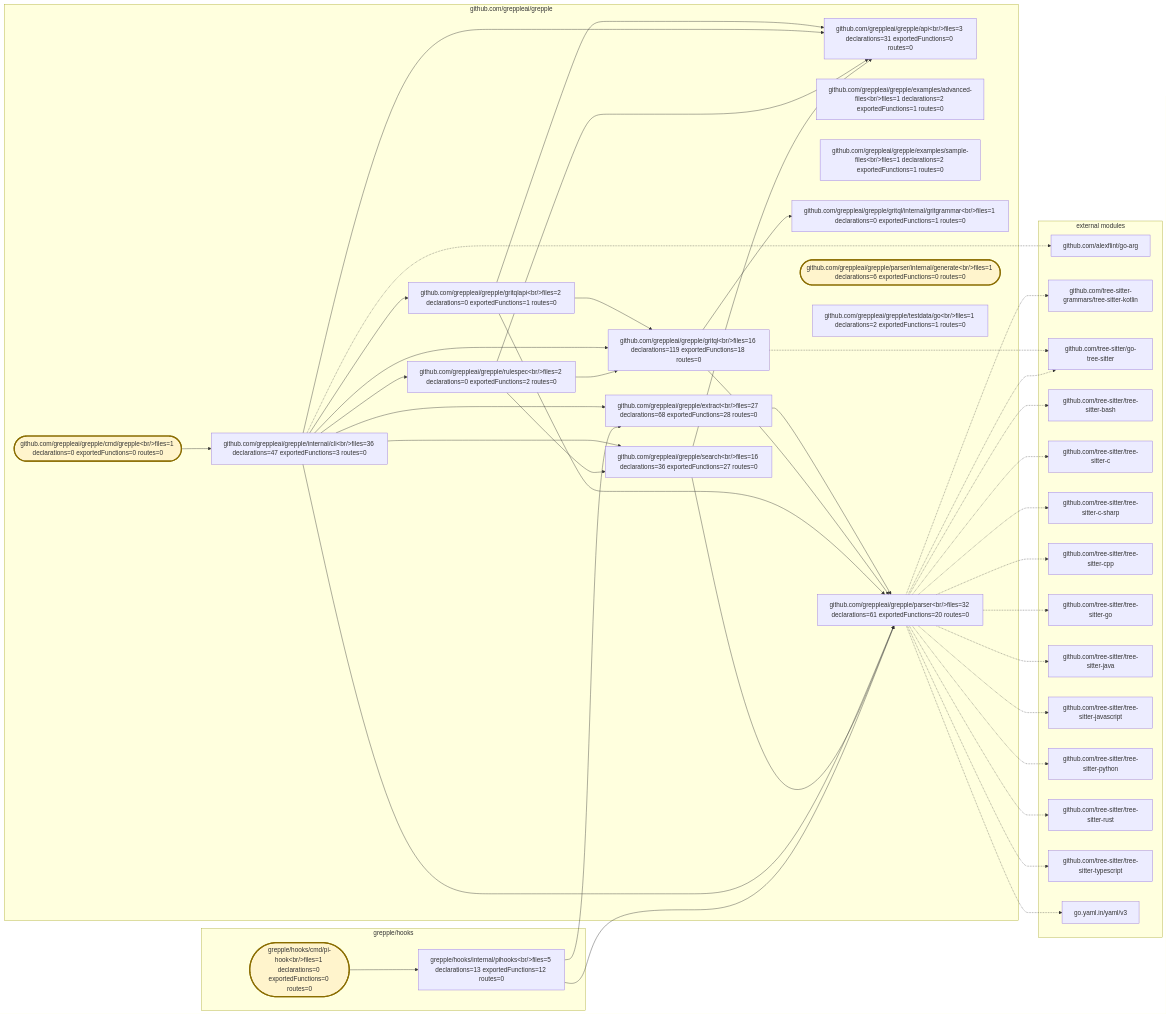
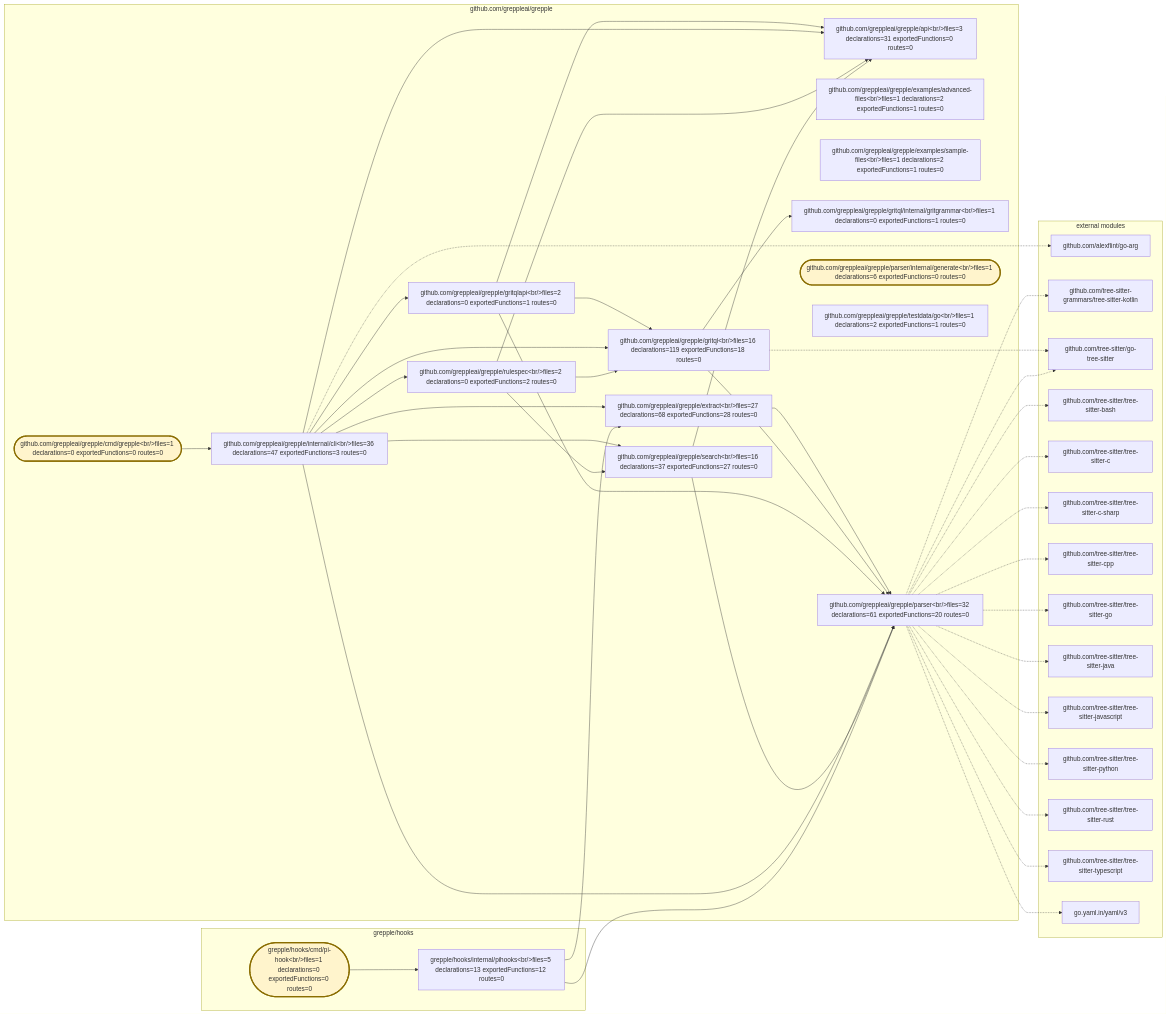
One commit to greppleai/grepple changed the diagram in .grepple/project.workspace/overview.mmd. Above: the diagram before and after it, drawn with Mermaid. The commit also changed 15 other files, not shown here.

```diff
--- a/.grepple/project.workspace/overview.mmd
+++ b/.grepple/project.workspace/overview.mmd
@@ -1,78 +1,78 @@
 flowchart LR
     classDef entrypoint fill:#fff4cc,stroke:#8a6d00,stroke-width:3px
     subgraph module_0["github.com/greppleai/grepple"]
         package_0["github.com/greppleai/grepple/api&lt;br/&gt;files=3 declarations=31 exportedFunctions=0 routes=0"]
         package_1(["github.com/greppleai/grepple/cmd/grepple&lt;br/&gt;files=1 declarations=0 exportedFunctions=0 routes=0"])
         class package_1 entrypoint
         package_2["github.com/greppleai/grepple/examples/advanced-files&lt;br/&gt;files=1 declarations=2 exportedFunctions=1 routes=0"]
         package_3["github.com/greppleai/grepple/examples/sample-files&lt;br/&gt;files=1 declarations=2 exportedFunctions=1 routes=0"]
         package_4["github.com/greppleai/grepple/extract&lt;br/&gt;files=27 declarations=68 exportedFunctions=28 routes=0"]
         package_5["github.com/greppleai/grepple/gritql&lt;br/&gt;files=16 declarations=119 exportedFunctions=18 routes=0"]
         package_6["github.com/greppleai/grepple/gritql/internal/gritgrammar&lt;br/&gt;files=1 declarations=0 exportedFunctions=1 routes=0"]
         package_7["github.com/greppleai/grepple/gritqlapi&lt;br/&gt;files=2 declarations=0 exportedFunctions=1 routes=0"]
         package_8["github.com/greppleai/grepple/internal/cli&lt;br/&gt;files=36 declarations=47 exportedFunctions=3 routes=0"]
         package_9["github.com/greppleai/grepple/parser&lt;br/&gt;files=32 declarations=61 exportedFunctions=20 routes=0"]
         package_10(["github.com/greppleai/grepple/parser/internal/generate&lt;br/&gt;files=1 declarations=6 exportedFunctions=0 routes=0"])
         class package_10 entrypoint
         package_11["github.com/greppleai/grepple/rulespec&lt;br/&gt;files=2 declarations=0 exportedFunctions=2 routes=0"]
-        package_12["github.com/greppleai/grepple/search&lt;br/&gt;files=16 declarations=36 exportedFunctions=27 routes=0"]
+        package_12["github.com/greppleai/grepple/search&lt;br/&gt;files=16 declarations=37 exportedFunctions=27 routes=0"]
         package_13["github.com/greppleai/grepple/testdata/go&lt;br/&gt;files=1 declarations=2 exportedFunctions=1 routes=0"]
     end
     subgraph module_1["grepple/hooks"]
         package_14(["grepple/hooks/cmd/pi-hook&lt;br/&gt;files=1 declarations=0 exportedFunctions=0 routes=0"])
         class package_14 entrypoint
         package_15["grepple/hooks/internal/pihooks&lt;br/&gt;files=5 declarations=13 exportedFunctions=12 routes=0"]
     end
     package_1 --> package_8
     package_4 --> package_9
     package_5 --> package_6
     package_5 --> package_9
     package_7 --> package_0
     package_7 --> package_5
     package_7 --> package_9
     package_8 --> package_0
     package_8 --> package_4
     package_8 --> package_5
     package_8 --> package_7
     package_8 --> package_9
     package_8 --> package_11
     package_8 --> package_12
     package_11 --> package_0
     package_11 --> package_5
     package_11 --> package_12
     package_12 --> package_0
     package_12 --> package_9
     package_14 --> package_15
     package_15 --> package_4
     package_15 --> package_9
     subgraph external_dependencies["external modules"]
         external_0["github.com/alexflint/go-arg"]
         external_1["github.com/tree-sitter-grammars/tree-sitter-kotlin"]
         external_2["github.com/tree-sitter/go-tree-sitter"]
         external_3["github.com/tree-sitter/tree-sitter-bash"]
         external_4["github.com/tree-sitter/tree-sitter-c"]
         external_5["github.com/tree-sitter/tree-sitter-c-sharp"]
         external_6["github.com/tree-sitter/tree-sitter-cpp"]
         external_7["github.com/tree-sitter/tree-sitter-go"]
         external_8["github.com/tree-sitter/tree-sitter-java"]
         external_9["github.com/tree-sitter/tree-sitter-javascript"]
         external_10["github.com/tree-sitter/tree-sitter-python"]
         external_11["github.com/tree-sitter/tree-sitter-rust"]
         external_12["github.com/tree-sitter/tree-sitter-typescript"]
         external_13["go.yaml.in/yaml/v3"]
     end
     package_8 -.-> external_0
     package_9 -.-> external_1
     package_5 -.-> external_2
     package_9 -.-> external_2
     package_9 -.-> external_3
     package_9 -.-> external_4
     package_9 -.-> external_5
     package_9 -.-> external_6
     package_9 -.-> external_7
     package_9 -.-> external_8
     package_9 -.-> external_9
     package_9 -.-> external_10
     package_9 -.-> external_11
     package_9 -.-> external_12
     package_9 -.-> external_13
```
